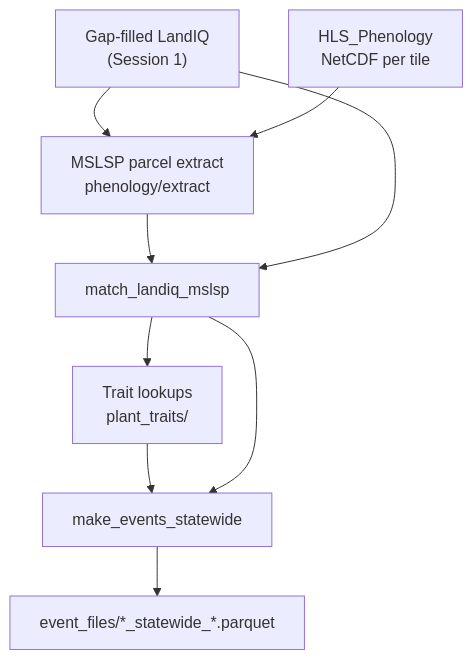
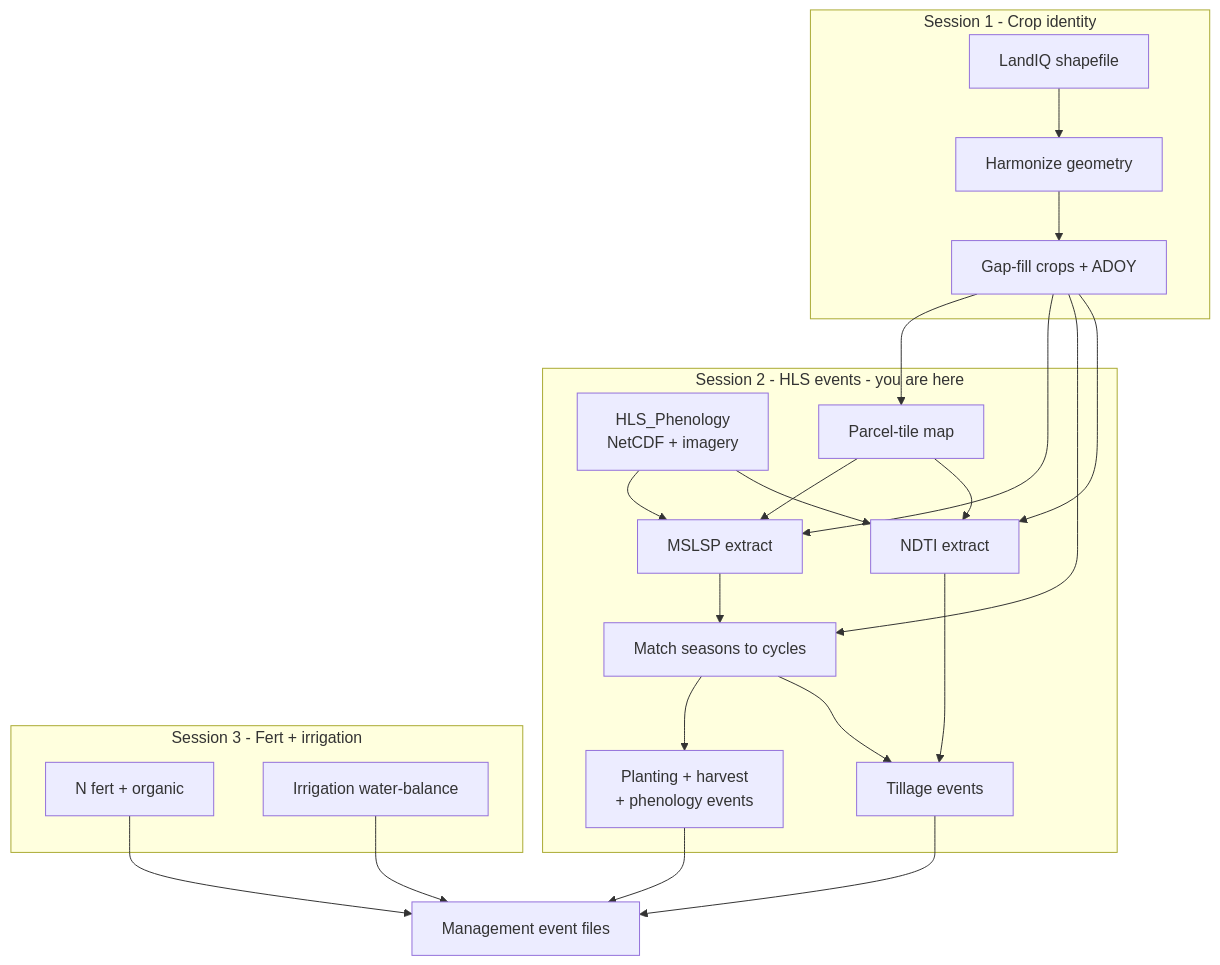
The diagram in modules/data.remote/inst/ccmmf/documentation/sessions/02-phenology.md (PecanProject/pecan), drawn with Mermaid before and after one commit. The commit also changed other lines of this file and 7 other files, not shown here.

First line of the commit message:
Restructure CCMMF training sessions into HLS vs fert/irrigation.

````diff
--- a/modules/data.remote/inst/ccmmf/documentation/sessions/02-phenology.md
+++ b/modules/data.remote/inst/ccmmf/documentation/sessions/02-phenology.md
@@ -56,18 +19,32 @@
 ```mermaid
-flowchart TD
-  LIQ["Gap-filled LandIQ\n(Session 1)"]
-  HLS["HLS_Phenology\nNetCDF per tile"]
-  EXT["MSLSP parcel extract\nphenology/extract"]
-  MATCH["match_landiq_mslsp"]
-  TRAITS["Trait lookups\nplant_traits/"]
-  EVENTS["make_events_statewide"]
+flowchart TB
+  subgraph S1["Session 1 - Crop identity"]
+    DWR["LandIQ shapefile"] --> CADWR["Harmonize geometry"]
+    CADWR --> GF["Gap-fill crops + ADOY"]
+  end
 
-  LIQ --> EXT
-  HLS --> EXT
-  EXT --> MATCH
-  LIQ --> MATCH
-  MATCH --> TRAITS
-  TRAITS --> EVENTS
-  MATCH --> EVENTS
-  EVENTS --> OUT["event_files/*_statewide_*.parquet"]
+  subgraph S2["Session 2 - HLS events - you are here"]
+    HLS["HLS_Phenology\nNetCDF + imagery"] --> MSLSP["MSLSP extract"]
+    GF --> MAP["Parcel-tile map"]
+    MAP --> MSLSP
+    GF --> MSLSP
+    MSLSP --> MATCH["Match seasons to cycles"]
+    GF --> MATCH
+    MATCH --> EV1["Planting + harvest\n+ phenology events"]
+    HLS --> NDTI["NDTI extract"]
+    MAP --> NDTI
+    GF --> NDTI
+    NDTI --> EV2["Tillage events"]
+    MATCH --> EV2
+  end
+
+  subgraph S3["Session 3 - Fert + irrigation"]
+    FERT["N fert + organic"]
+    IRR["Irrigation water-balance"]
+  end
+
+  EV1 --> OUT["Management event files"]
+  EV2 --> OUT
+  FERT --> OUT
+  IRR --> OUT
 ```
````
